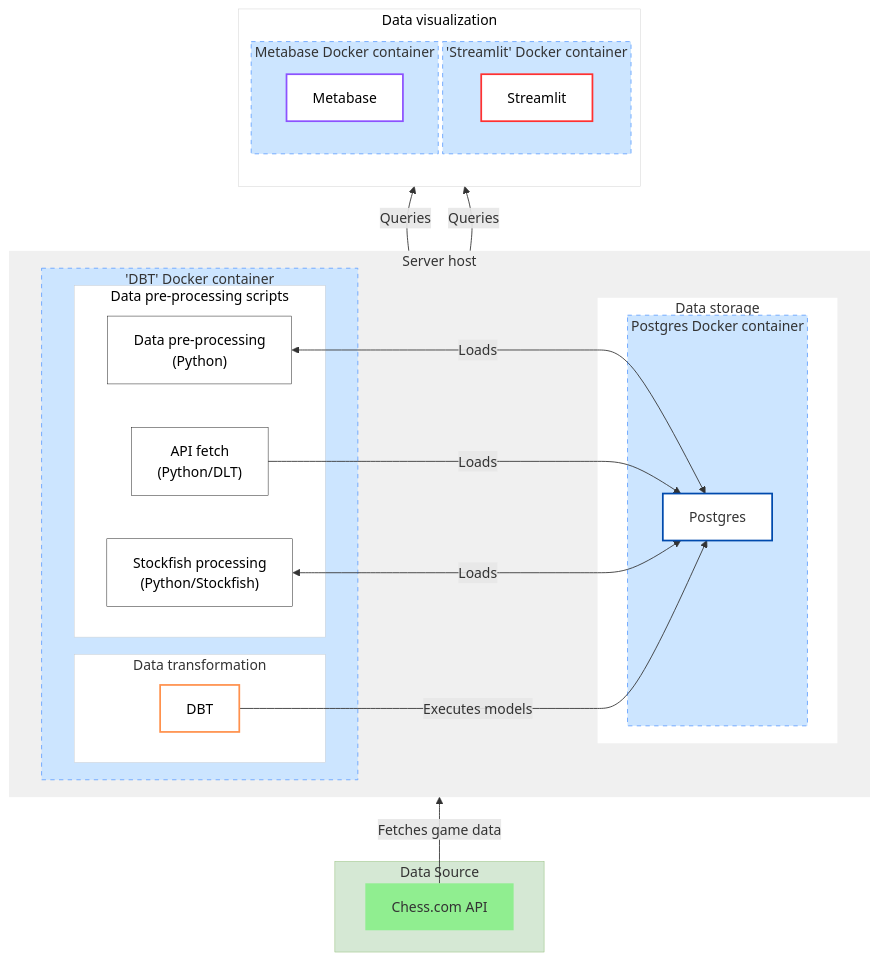
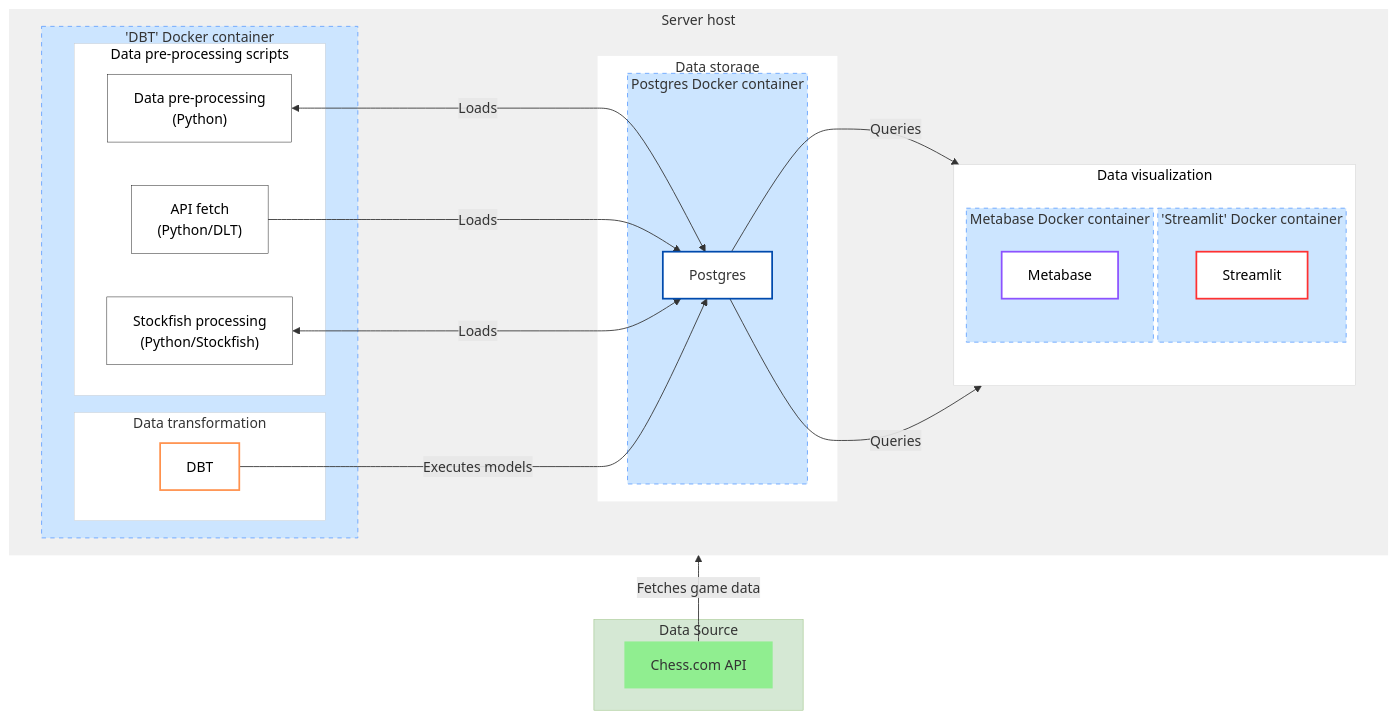
One commit to gabriellegall/chess_com_bi_pg changed the diagram in README.md. Above: the diagram before and after it, drawn with Mermaid.

````diff
--- a/README.md
+++ b/README.md
@@ -32,66 +32,66 @@
 ```mermaid
 graph BT;
 
-    %% Subgraph Definitions
-    subgraph Visualization["Data visualization"]
-        subgraph s3["'Streamlit' Docker container"]
-            F["Streamlit"]
-        end
-        subgraph s2["Metabase Docker container"]
-            E["Metabase"]
-        end
-        direction TB
-    end
 
     subgraph Server["Server host"]
+	    %% Subgraph Definitions
+	    subgraph Visualization["Data visualization"]
+	        subgraph s3["'Streamlit' Docker container"]
+	            F["Streamlit"]
+	        end
+	        subgraph s2["Metabase Docker container"]
+	            E["Metabase"]
+	        end
+	        direction TB
+	    end
         subgraph s4["Data storage"]
             subgraph StorageDB["Postgres Docker container"]
                 C[Postgres Database]
             end
         end
         subgraph s1["'DBT' Docker container"]
             subgraph Transformation["Data transformation"]
                 D["DBT"]
             end
             subgraph Ingestion["Data pre-processing scripts"]
                 n1["Python pre-processing"]
                 n2["Stockfish processing<br>(Python)"]
                 B["API Fetch & Stockfish Analysis<br>(Python/DLT)"]
             end
         end
         direction LR
     end
 
     subgraph DS ["Data Source"]
         A[Chess.com API]
     end
 
     %% Data Flow & Interactions
     A -->|"Fetches game data"| B
     B["API fetch<br>(Python/DLT)"] -->|"Loads"| C
     D -->|"Executes models"| C
     n2["Stockfish processing<br>(Python/Stockfish)"] <--->|"Loads"| C
     n1["Data pre-processing <br>(Python)"] <--->|"Loads"| C["Postgres"]
     C -->|"Queries"| E
     C -->|"Queries"| F
 
     %% Subgraph Styling
     style DS fill:#D5E8D4,stroke:#82B366,stroke-width:0.5px
     style StorageDB fill:#cce5ff,stroke:#66a3ff,stroke-width:1px,stroke-dasharray:5 5
     style A fill:#90ee90,stroke:#333,stroke-width:0px
     style s1 fill:#cce5ff,stroke:#66a3ff,stroke-width:1px,stroke-dasharray:5 5
     style Ingestion fill:#FFFFFF,stroke:#ccc,stroke-width:0.5px,color:#000000
     style Transformation fill:#FFFFFF,stroke:#ccc,stroke-width:0.5px
     style Visualization fill:#FFFFFF,stroke:#ccc,stroke-width:0.5px,color:#000000
     style n1 fill:#FFFFFF,stroke-width:0.5px,color:#000000,stroke:#000000
     style s2 fill:#cce5ff,stroke:#66a3ff,stroke-width:1px,stroke-dasharray:5 5
     style s3 fill:#cce5ff,stroke:#66a3ff,stroke-width:1px,stroke-dasharray:5 5
     style s4 fill:#FFFFFF,stroke-width:0px
     style Server fill:#f0f0f0,stroke:#aaa,stroke-width:0px
     style F fill:#FFFFFF,stroke:#FF3131,stroke-width:2px,color:#000
     style C fill:#FFFFFF,stroke:#004AAD,stroke-width:2px
     style E fill:#FFFFFF,stroke:#8C52FF,stroke-width:2px,color:#000000
     style n2 fill:#FFFFFF,stroke-width:0.5px,stroke:#000000,color:#000000
     style B fill:#FFFFFF,stroke:#000000,stroke-width:0.5px,color:#000000
     style D fill:#FFFFFF,stroke:#FF914D,stroke-width:2px,color:#000000
 ```
````
